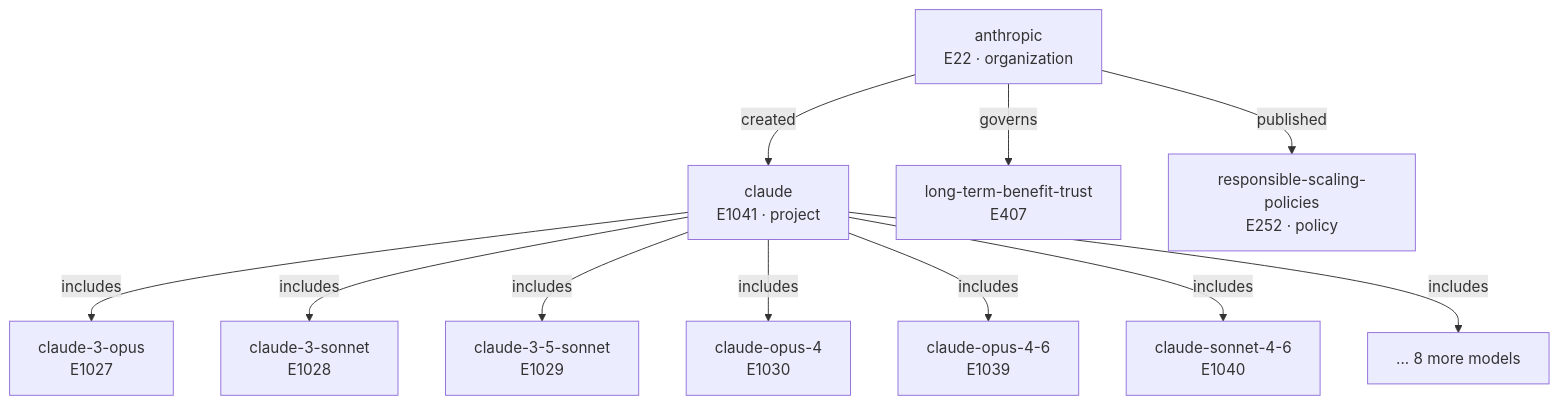
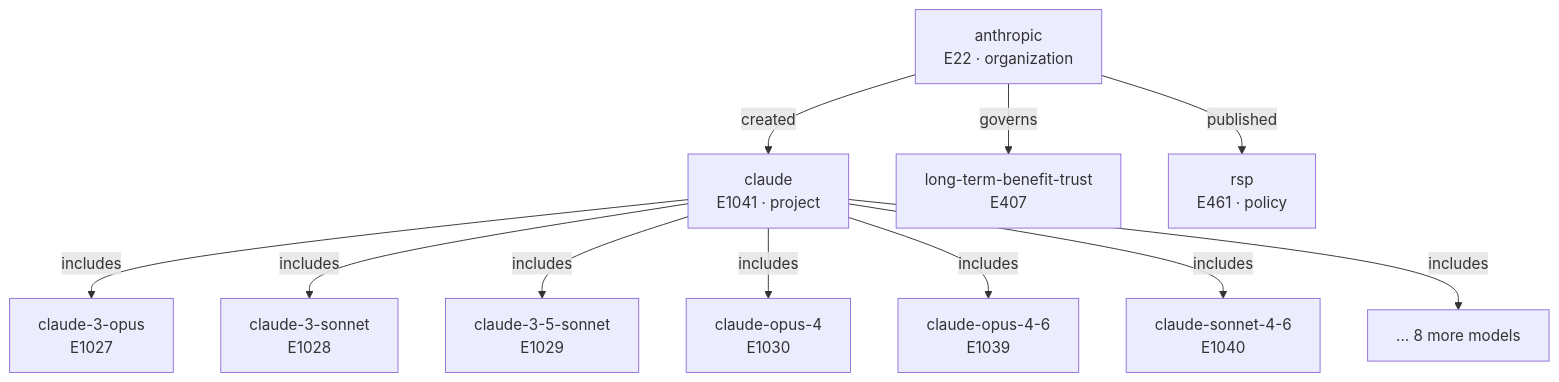
The fourth of 4 diagrams in .claude/design/anthropic-ontology.md (quantified-uncertainty/longterm-wiki), drawn with Mermaid before and after one commit. The commit also changed other lines of this file and 10 other files, not shown here.

````diff
--- a/.claude/design/anthropic-ontology.md
+++ b/.claude/design/anthropic-ontology.md
@@ -722,13 +722,13 @@
 ```mermaid
 graph TD
     A[anthropic<br/>E22 · organization] -->|created| C[claude<br/>E1041 · project]
     A -->|governs| LTBT[long-term-benefit-trust<br/>E407]
-    A -->|published| RSP[responsible-scaling-policies<br/>E252 · policy]
+    A -->|published| RSP[rsp<br/>E461 · policy]
     C -->|includes| C3O[claude-3-opus<br/>E1027]
     C -->|includes| C3S[claude-3-sonnet<br/>E1028]
     C -->|includes| C35S[claude-3-5-sonnet<br/>E1029]
     C -->|includes| CO4[claude-opus-4<br/>E1030]
     C -->|includes| CO46[claude-opus-4-6<br/>E1039]
     C -->|includes| CS46[claude-sonnet-4-6<br/>E1040]
     C -->|includes| MORE[... 8 more models]
 ```
````
